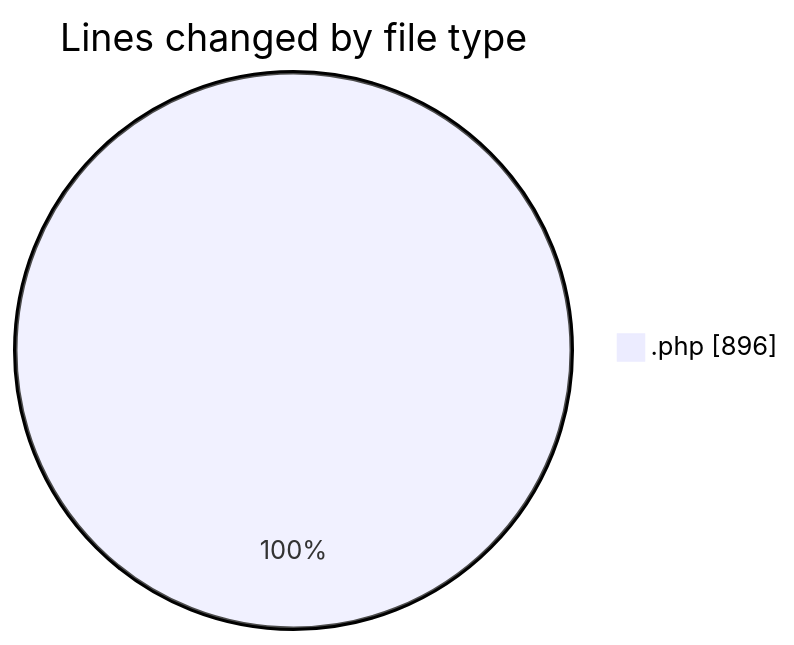
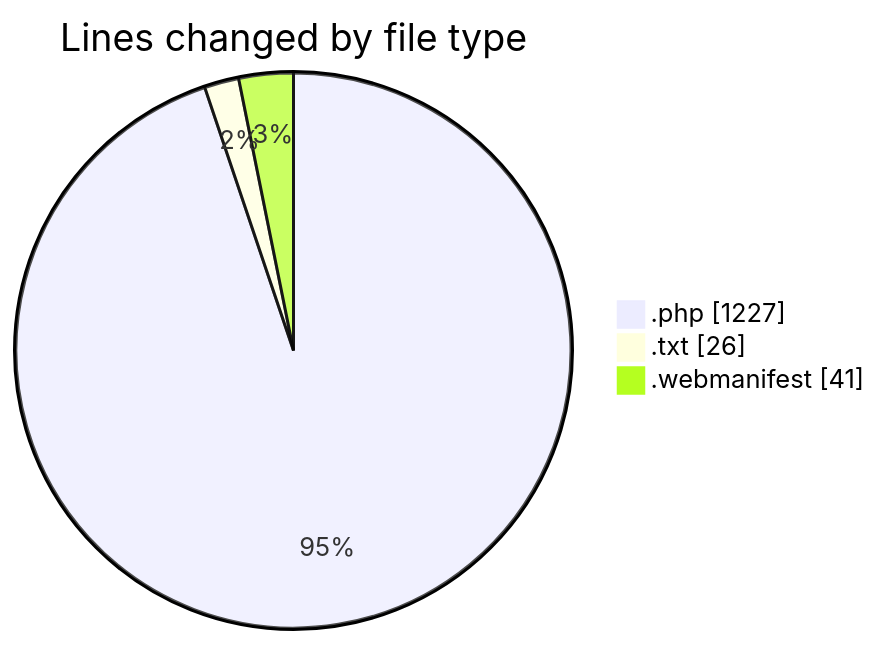
Before and after one commit to lephambinh05/code-tracking: the first of 2 diagrams in 2025-08-20/quytuthien_vn/README.md, drawn with Mermaid. The commit also changed other lines of this file and 1 other file, not shown here.

````diff
--- a/2025-08-20/quytuthien_vn/README.md
+++ b/2025-08-20/quytuthien_vn/README.md
@@ -33,5 +42,7 @@
 ```mermaid
 pie showData
 title Lines changed by file type
-".php" : 896
+".php" : 1227
+".txt" : 26
+".webmanifest" : 41
 ```
````
